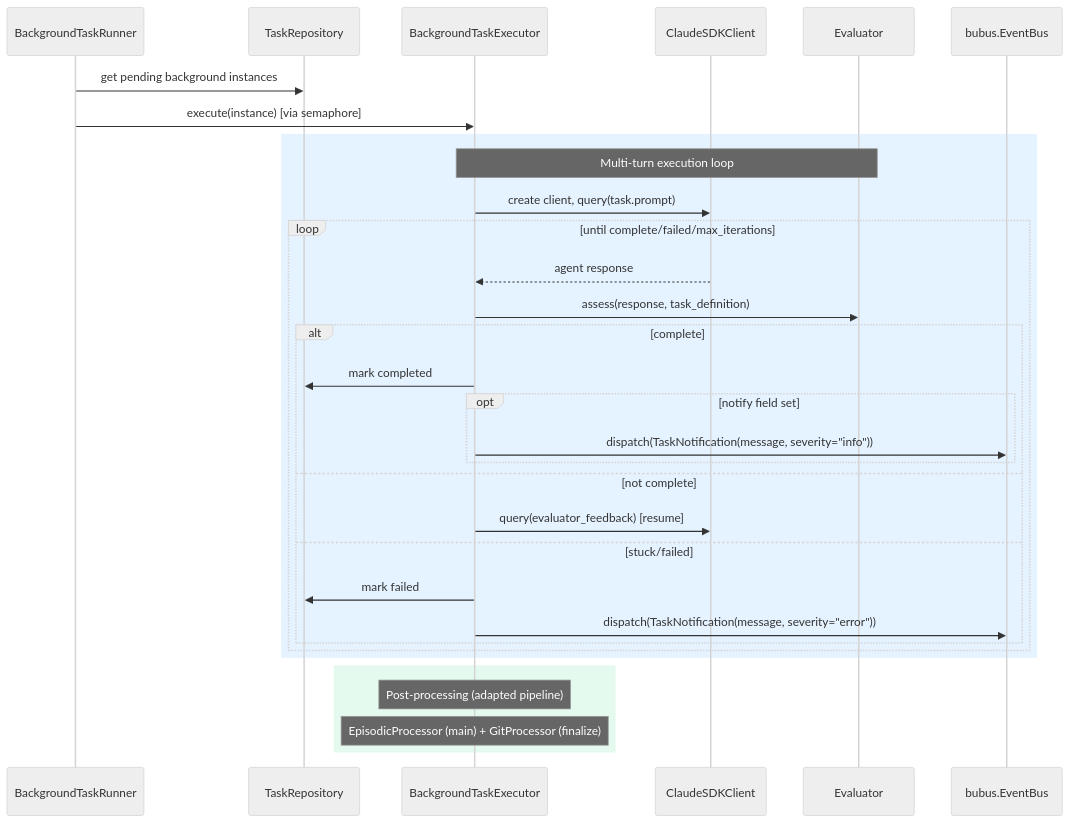
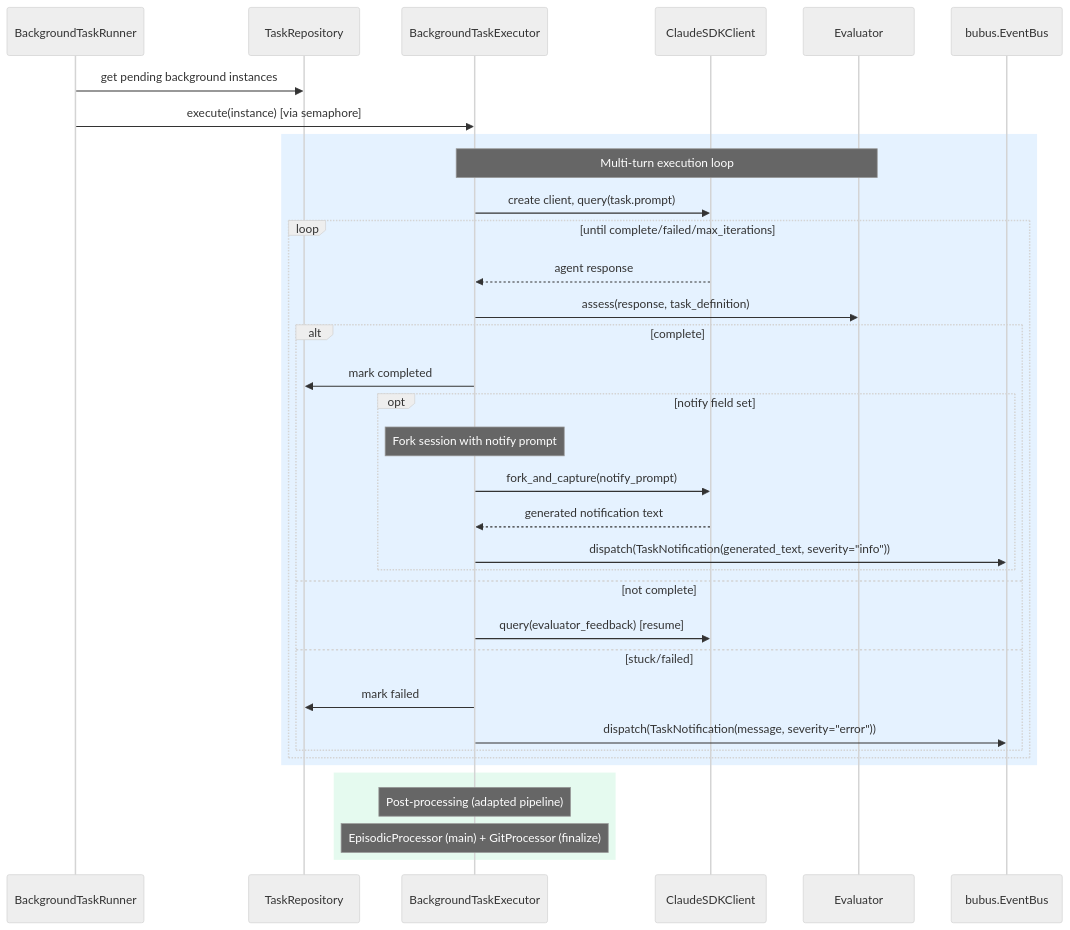
Before and after one commit to asermax/tachikoma: the diagram in docs/feature-designs/tasks/background-task-execution.md, drawn with Mermaid (neutral theme). The commit also changed other lines of this file and 5 other files, not shown here.

First line of the commit message:
feat(tasks): generate notification messages by forking task session

````diff
--- a/docs/feature-designs/tasks/background-task-execution.md
+++ b/docs/feature-designs/tasks/background-task-execution.md
@@ -62,37 +62,40 @@
 ```mermaid
 sequenceDiagram
     participant Runner as BackgroundTaskRunner
     participant Repo as TaskRepository
     participant Exec as BackgroundTaskExecutor
     participant SDK as ClaudeSDKClient
     participant Eval as Evaluator
     participant Bus as bubus.EventBus
 
     Runner->>Repo: get pending background instances
     Runner->>Exec: execute(instance) [via semaphore]
 
     rect rgba(0, 128, 255, 0.1)
         Note over Exec,Eval: Multi-turn execution loop
         Exec->>SDK: create client, query(task.prompt)
         loop until complete/failed/max_iterations
             SDK-->>Exec: agent response
             Exec->>Eval: assess(response, task_definition)
             alt complete
                 Exec->>Repo: mark completed
                 opt notify field set
-                    Exec->>Bus: dispatch(TaskNotification(message, severity="info"))
+                    Note over Exec: Fork session with notify prompt
+                    Exec->>SDK: fork_and_capture(notify_prompt)
+                    SDK-->>Exec: generated notification text
+                    Exec->>Bus: dispatch(TaskNotification(generated_text, severity="info"))
                 end
             else not complete
                 Exec->>SDK: query(evaluator_feedback) [resume]
             else stuck/failed
                 Exec->>Repo: mark failed
                 Exec->>Bus: dispatch(TaskNotification(message, severity="error"))
             end
         end
     end
 
     rect rgba(0, 200, 100, 0.1)
         Note over Exec: Post-processing (adapted pipeline)
         Note over Exec: EpisodicProcessor (main) + GitProcessor (finalize)
     end
 ```
````
